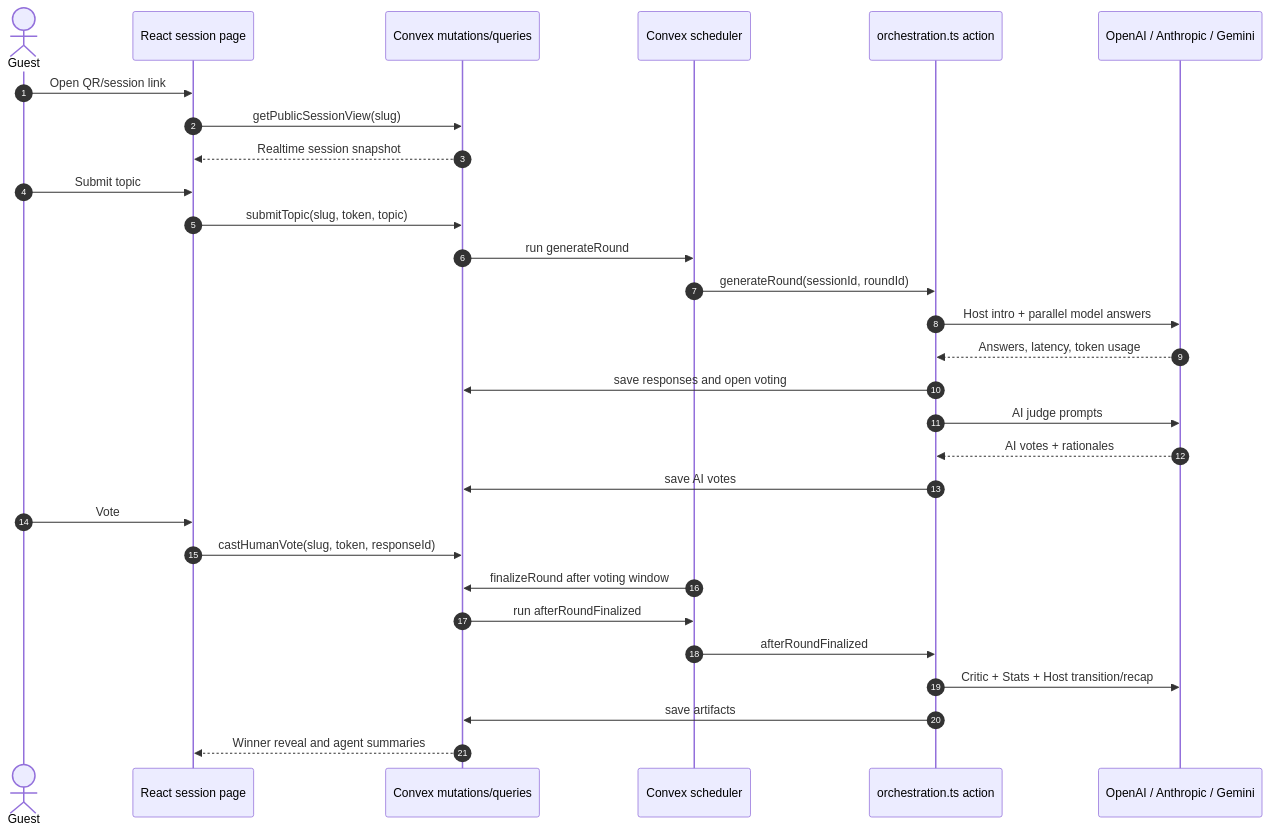
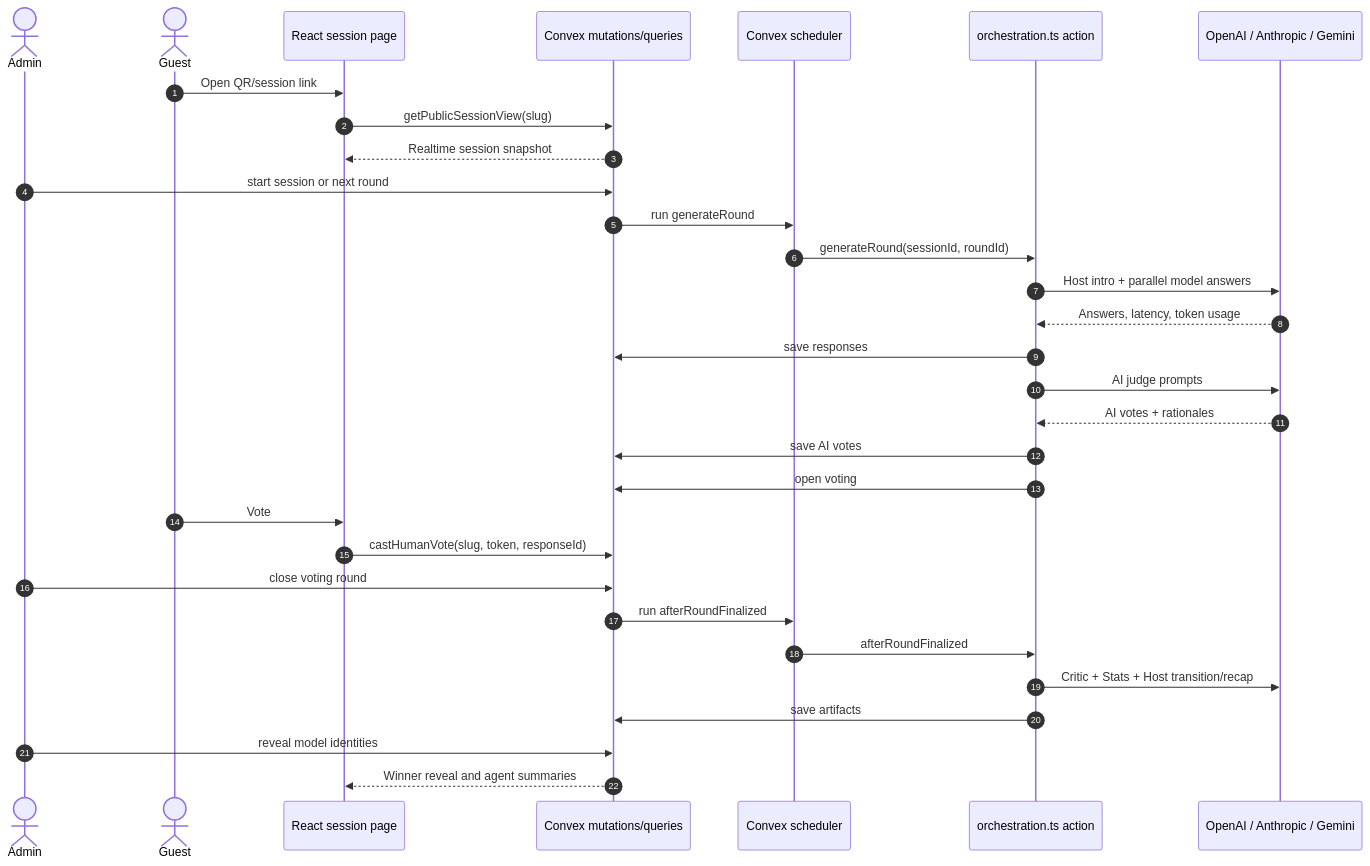
Before and after one commit to Radu028/ai-arena: the diagram in docs/diagrams/mermaid/03-round-sequence.mmd, drawn with Mermaid. The commit also changed 45 other files, not shown here.

```diff
--- a/docs/diagrams/mermaid/03-round-sequence.mmd
+++ b/docs/diagrams/mermaid/03-round-sequence.mmd
@@ -1,30 +1,32 @@
 sequenceDiagram
   autonumber
+  actor Admin
   actor Guest
   participant UI as React session page
   participant Convex as Convex mutations/queries
   participant Scheduler as Convex scheduler
   participant Orchestrator as orchestration.ts action
   participant Providers as OpenAI / Anthropic / Gemini
 
   Guest->>UI: Open QR/session link
   UI->>Convex: getPublicSessionView(slug)
   Convex-->>UI: Realtime session snapshot
-  Guest->>UI: Submit topic
-  UI->>Convex: submitTopic(slug, token, topic)
+  Admin->>Convex: start session or next round
   Convex->>Scheduler: run generateRound
   Scheduler->>Orchestrator: generateRound(sessionId, roundId)
   Orchestrator->>Providers: Host intro + parallel model answers
   Providers-->>Orchestrator: Answers, latency, token usage
-  Orchestrator->>Convex: save responses and open voting
+  Orchestrator->>Convex: save responses
   Orchestrator->>Providers: AI judge prompts
   Providers-->>Orchestrator: AI votes + rationales
   Orchestrator->>Convex: save AI votes
+  Orchestrator->>Convex: open voting
   Guest->>UI: Vote
   UI->>Convex: castHumanVote(slug, token, responseId)
-  Scheduler->>Convex: finalizeRound after voting window
+  Admin->>Convex: close voting round
   Convex->>Scheduler: run afterRoundFinalized
   Scheduler->>Orchestrator: afterRoundFinalized
   Orchestrator->>Providers: Critic + Stats + Host transition/recap
   Orchestrator->>Convex: save artifacts
+  Admin->>Convex: reveal model identities
   Convex-->>UI: Winner reveal and agent summaries
```
